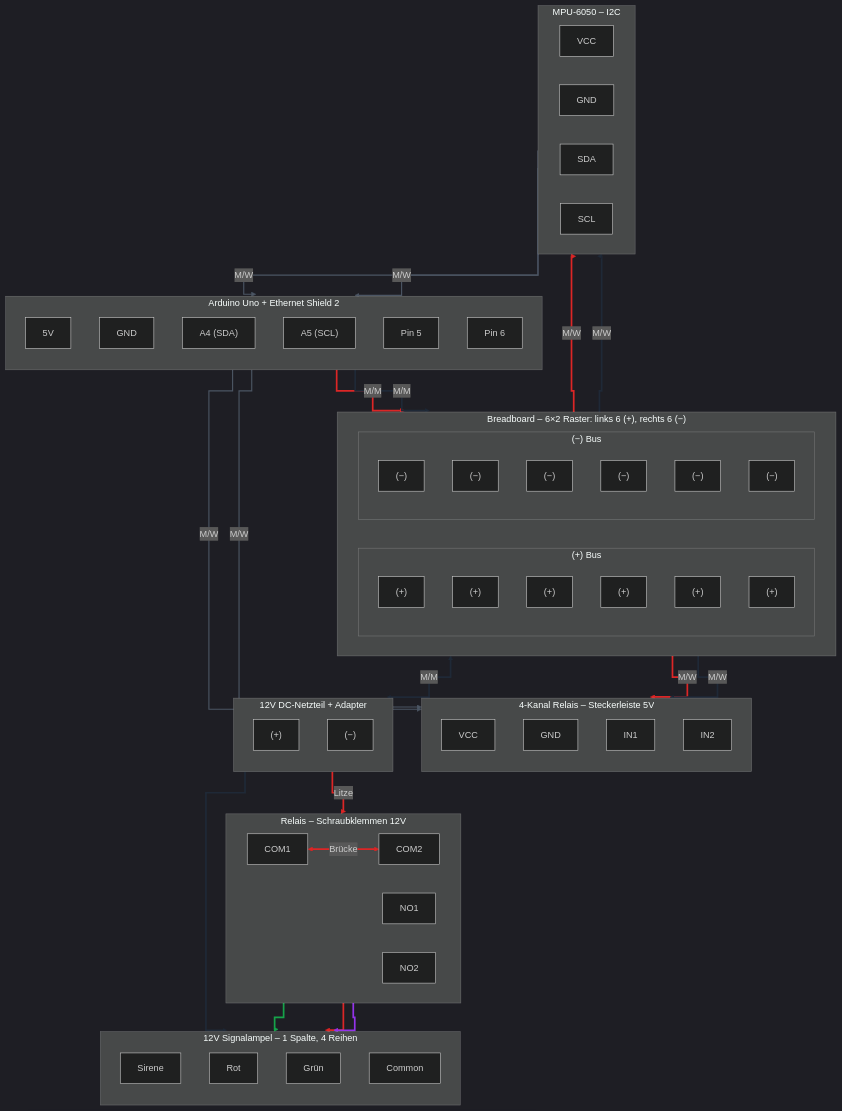
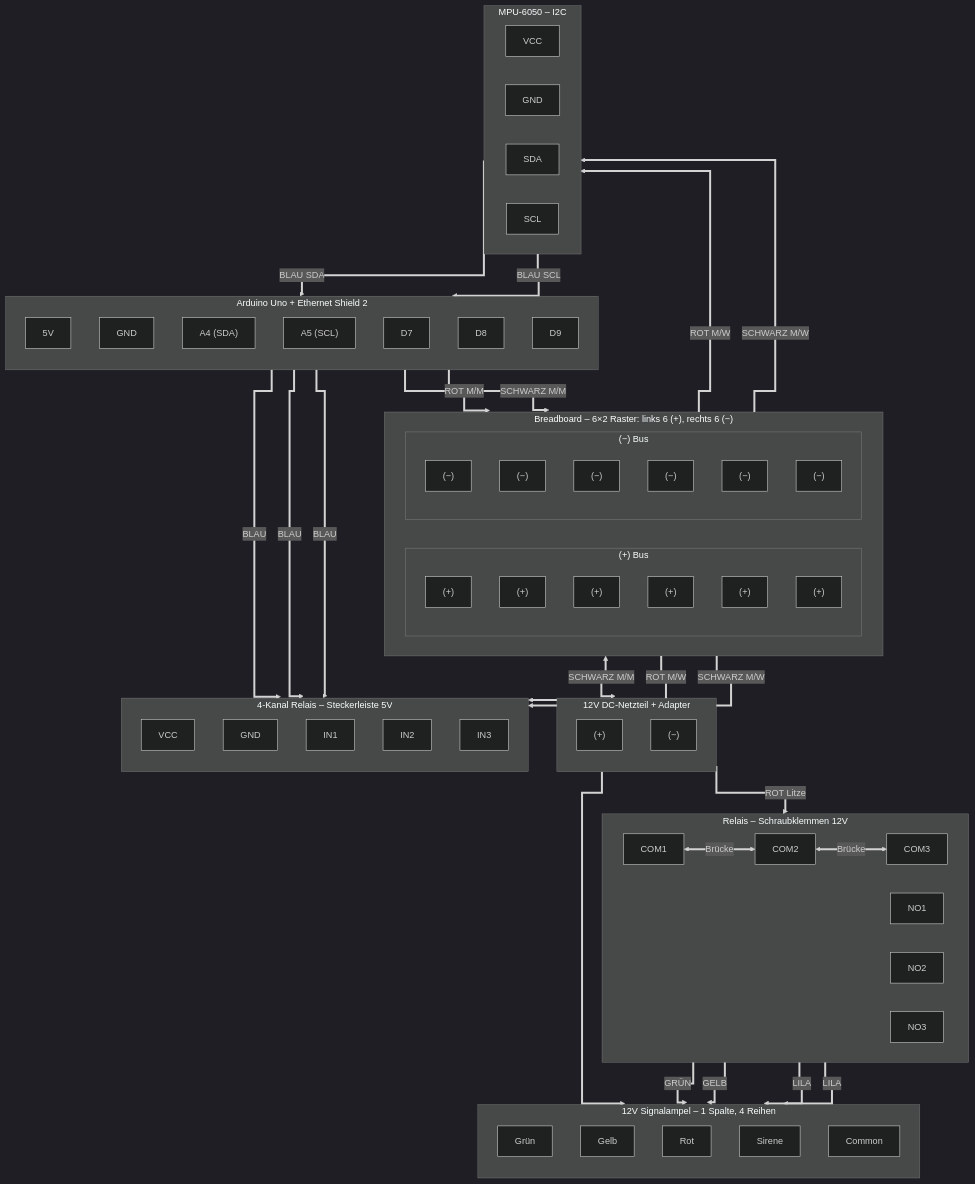
One commit to OliverBerger-ORBIS/ORBIS-Modellfabrik changed the diagram in docs/05-hardware/arduino-vibrationssensor-mpu6050-verdrahtung.mermaid. Above: the diagram before and after it, drawn with Mermaid (dark theme). The commit also changed 21 other files, not shown here.

```diff
--- a/docs/05-hardware/arduino-vibrationssensor-mpu6050-verdrahtung.mermaid
+++ b/docs/05-hardware/arduino-vibrationssensor-mpu6050-verdrahtung.mermaid
@@ -1,114 +1,104 @@
 %% Arduino Vibrationssensor MPU-6050 APS-Modellfabrik – Verdrahtungsdiagramm
 %% Siehe: arduino-vibrationssensor.md §5
 %% Stand: 2026-03
 %% L-förmige Kanten (stepBefore), Kabel-Farben, I2C-Anschluss A4/A5
 
 %%{init: {'flowchart': {'curve': 'stepBefore'}}}%%
 flowchart TB
     subgraph ARDUINO["Arduino Uno + Ethernet Shield 2"]
         direction TB
         A_5V["5V"]
         A_GND["GND"]
         A_A4["A4 (SDA)"]
         A_A5["A5 (SCL)"]
-        A_P5["Pin 5"]
-        A_P6["Pin 6"]
+        A_P7["D7"]
+        A_P8["D8"]
+        A_P9["D9"]
     end
 
     subgraph BREADBOARD["Breadboard – 6×2 Raster: links 6 (+), rechts 6 (−)"]
         direction LR
         subgraph BB_PLUS["(+) Bus"]
             direction TB
             BB_P1["(+)"]; BB_P2["(+)"]; BB_P3["(+)"]; BB_P4["(+)"]; BB_P5["(+)"]; BB_P6["(+)"]
         end
         subgraph BB_MINUS["(−) Bus"]
             direction TB
             BB_M1["(−)"]; BB_M2["(−)"]; BB_M3["(−)"]; BB_M4["(−)"]; BB_M5["(−)"]; BB_M6["(−)"]
         end
     end
 
     subgraph MPU6050["MPU-6050 – I2C"]
         direction LR
         S_VCC["VCC"]
         S_GND["GND"]
         S_SDA["SDA"]
         S_SCL["SCL"]
     end
 
     subgraph RELAIS_IN["4-Kanal Relais – Steckerleiste 5V"]
         direction TB
         R_VCC["VCC"]
         R_GND["GND"]
         R_IN1["IN1"]
         R_IN2["IN2"]
+        R_IN3["IN3"]
     end
 
     subgraph RELAIS_OUT["Relais – Schraubklemmen 12V"]
         direction LR
         R_COM1["COM1"]
         R_COM2["COM2"]
+        R_COM3["COM3"]
         R_NO1["NO1"]
         R_NO2["NO2"]
+        R_NO3["NO3"]
     end
 
     subgraph DC["12V DC-Netzteil + Adapter"]
         direction TB
         DC_PLUS["(+)"]
         DC_MINUS["(−)"]
     end
 
     subgraph AMPEL["12V Signalampel – 1 Spalte, 4 Reihen"]
         direction TB
+        AMP_GRUEN["Grün"]
+        AMP_GELB["Gelb"]
+        AMP_ROT["Rot"]
         AMP_SIRENE["Sirene"]
-        AMP_ROT["Rot"]
-        AMP_GRUEN["Grün"]
         AMP_COMMON["Common"]
     end
 
+    %% Dicke Kanten (==>) + Farb-Labels – linkStyle wird oft ignoriert
     %% 5V-Stromverteilung
-    A_5V -->|"M/M"| BB_P1
-    A_GND -->|"M/M"| BB_M1
+    A_5V ==>|"ROT M/M"| BB_P1
+    A_GND ==>|"SCHWARZ M/M"| BB_M1
 
     %% Sensor MPU-6050 (I2C)
-    BB_P2 -->|"M/W"| S_VCC
-    BB_M2 -->|"M/W"| S_GND
-    S_SDA -->|"M/W"| A_A4
-    S_SCL -->|"M/W"| A_A5
+    BB_P2 ==>|"ROT M/W"| S_VCC
+    BB_M2 ==>|"SCHWARZ M/W"| S_GND
+    S_SDA ==>|"BLAU SDA"| A_A4
+    S_SCL ==>|"BLAU SCL"| A_A5
 
     %% Relais-Eingang
-    BB_P3 -->|"M/W"| R_VCC
-    BB_M3 -->|"M/W"| R_GND
-    A_P5 -->|"M/W"| R_IN1
-    A_P6 -->|"M/W"| R_IN2
+    BB_P3 ==>|"ROT M/W"| R_VCC
+    BB_M3 ==>|"SCHWARZ M/W"| R_GND
+    A_P7 ==>|"BLAU"| R_IN1
+    A_P8 ==>|"BLAU"| R_IN2
+    A_P9 ==>|"BLAU"| R_IN3
 
-    %% 12V-Versorgung Relais
-    DC_PLUS -->|"Litze"| R_COM1
-    R_COM1 <-->|"Brücke"| R_COM2
+    %% 12V-Versorgung Relais (COM1-3 brücken wenn getrennt)
+    DC_PLUS ==>|"ROT Litze"| R_COM1
+    R_COM1 <==>|"Brücke"| R_COM2
+    R_COM2 <==>|"Brücke"| R_COM3
 
     %% Ampel
-    DC_MINUS --> AMP_COMMON
-    R_NO1 --> AMP_GRUEN
-    R_NO2 --> AMP_ROT
-    R_NO2 --> AMP_SIRENE
+    DC_MINUS ==> AMP_COMMON
+    R_NO1 ==>|"GRÜN"| AMP_GRUEN
+    R_NO2 ==>|"GELB"| AMP_GELB
+    R_NO3 ==>|"LILA"| AMP_ROT
+    R_NO3 ==>|"LILA"| AMP_SIRENE
 
     %% Common Ground
-    BB_M4 <-->|"M/M"| DC_MINUS
-
-    %% Kabel-Farben: Rot #dc2626, Schwarz #1f2937, Grün #16a34a, Lila #9333ea, I2C #4b5563
-    linkStyle 0 stroke:#dc2626,stroke-width:3px
-    linkStyle 1 stroke:#1f2937,stroke-width:3px
-    linkStyle 2 stroke:#dc2626,stroke-width:3px
-    linkStyle 3 stroke:#1f2937,stroke-width:3px
-    linkStyle 4 stroke:#4b5563,stroke-width:2px
-    linkStyle 5 stroke:#4b5563,stroke-width:2px
-    linkStyle 6 stroke:#dc2626,stroke-width:3px
-    linkStyle 7 stroke:#1f2937,stroke-width:3px
-    linkStyle 8 stroke:#4b5563,stroke-width:2px
-    linkStyle 9 stroke:#4b5563,stroke-width:2px
-    linkStyle 10 stroke:#dc2626,stroke-width:3px
-    linkStyle 11 stroke:#dc2626,stroke-width:3px
-    linkStyle 12 stroke:#1f2937,stroke-width:3px
-    linkStyle 13 stroke:#16a34a,stroke-width:3px
-    linkStyle 14 stroke:#dc2626,stroke-width:3px
-    linkStyle 15 stroke:#9333ea,stroke-width:3px
-    linkStyle 16 stroke:#1f2937,stroke-width:3px
+    BB_M4 <==>|"SCHWARZ M/M"| DC_MINUS
```
